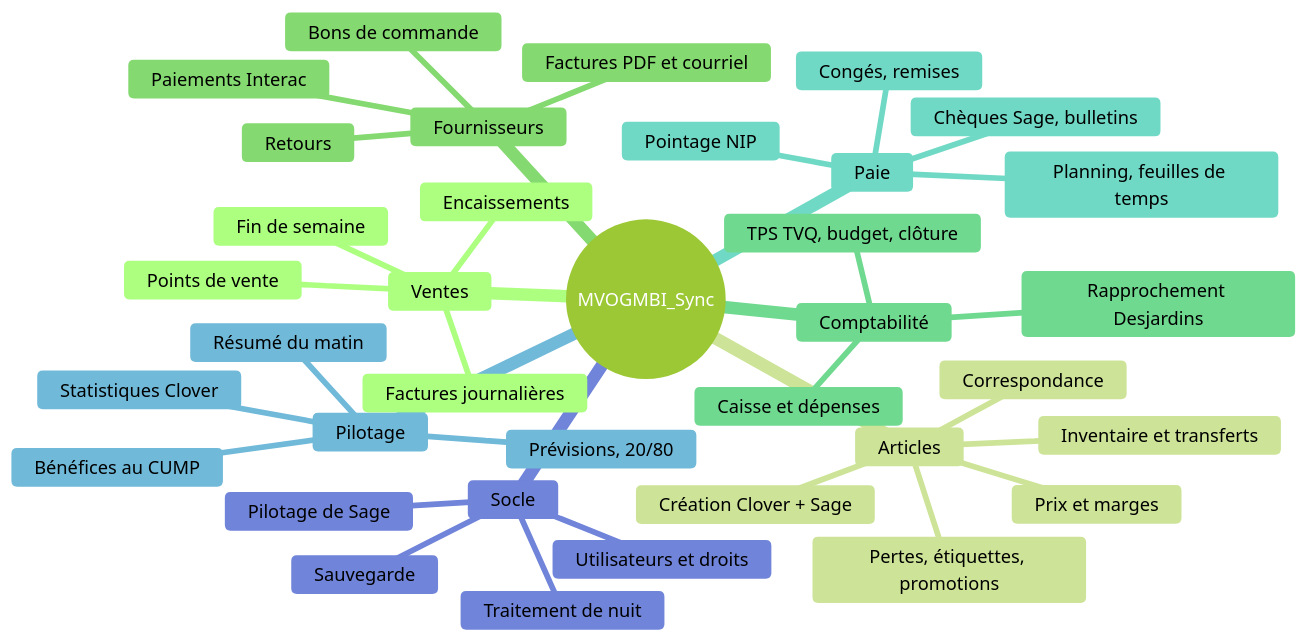
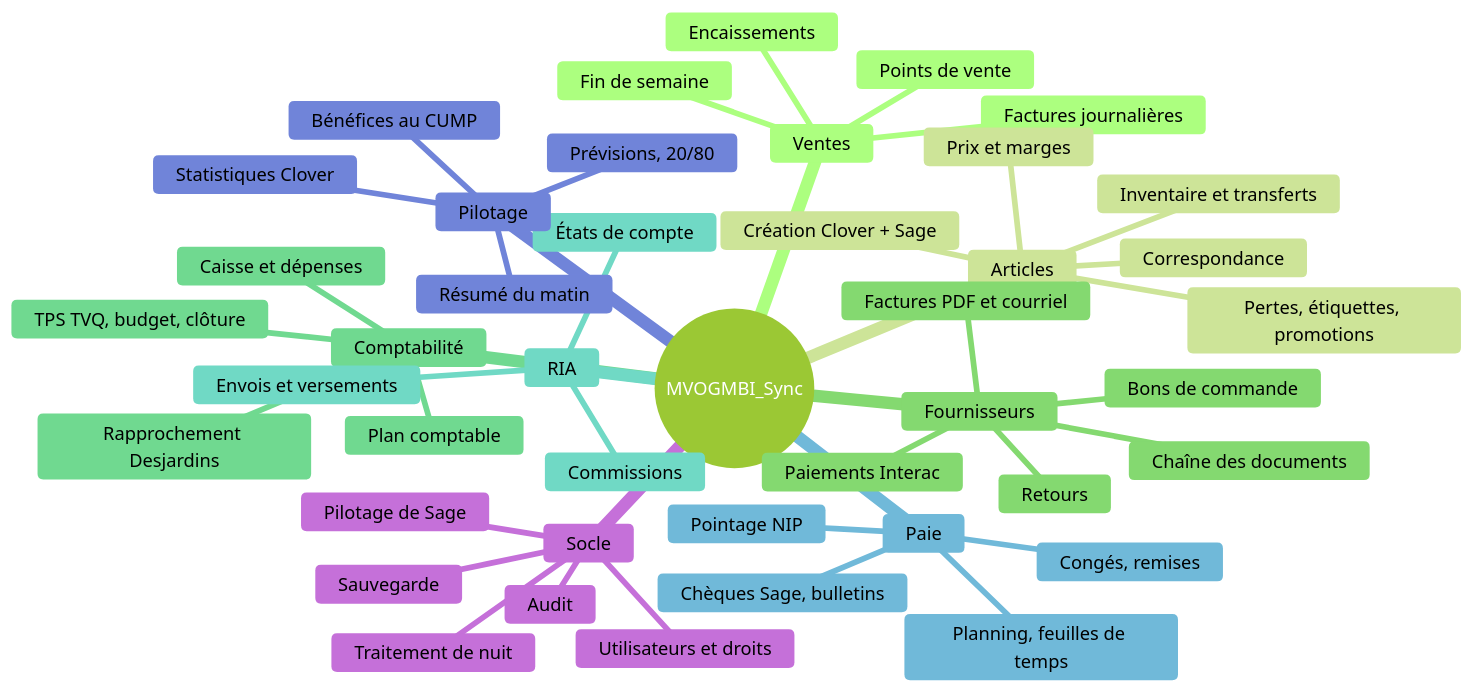
One commit to mteingueng-dot/MVOGMBI_Sync_2026.1 changed the second of 2 diagrams in documentation/PROJET.md. Above: the diagram before and after it, drawn with Mermaid (forest theme). The commit also changed other lines of this file and 27 other files, not shown here.

````diff
--- a/documentation/PROJET.md
+++ b/documentation/PROJET.md
@@ -50,39 +58,46 @@
 ```mermaid
 mindmap
   root((MVOGMBI_Sync))
     Ventes
       Factures journalières
       Fin de semaine
       Points de vente
       Encaissements
     Articles
       Correspondance
       Création Clover + Sage
       Inventaire et transferts
       Pertes, étiquettes, promotions
       Prix et marges
     Fournisseurs
       Factures PDF et courriel
       Bons de commande
       Paiements Interac
       Retours
+      Chaîne des documents
     Comptabilité
       Rapprochement Desjardins
       Caisse et dépenses
       TPS TVQ, budget, clôture
+      Plan comptable
+    RIA
+      États de compte
+      Envois et versements
+      Commissions
     Paie
       Pointage NIP
       Planning, feuilles de temps
       Chèques Sage, bulletins
       Congés, remises
     Pilotage
       Statistiques Clover
       Bénéfices au CUMP
       Prévisions, 20/80
       Résumé du matin
     Socle
       Traitement de nuit
       Pilotage de Sage
       Utilisateurs et droits
+      Audit
       Sauvegarde
 ```
````
